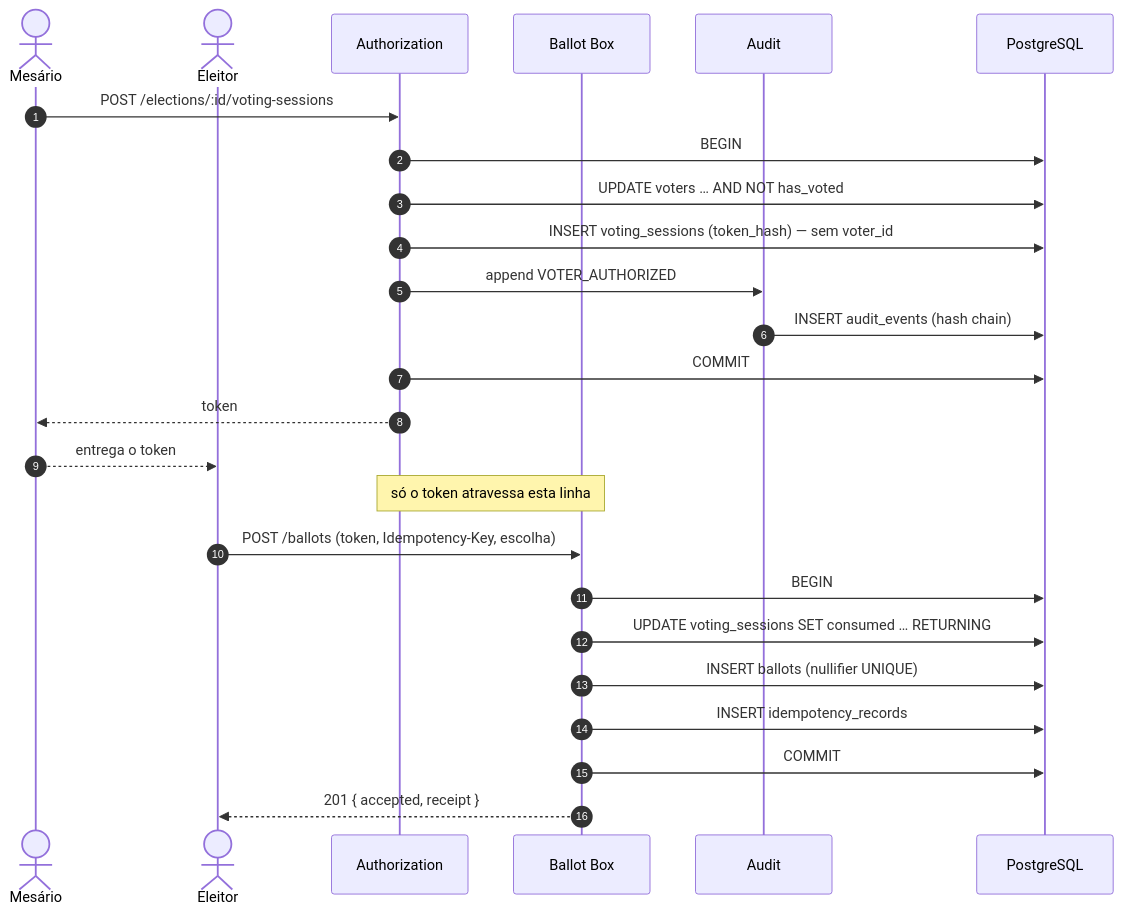
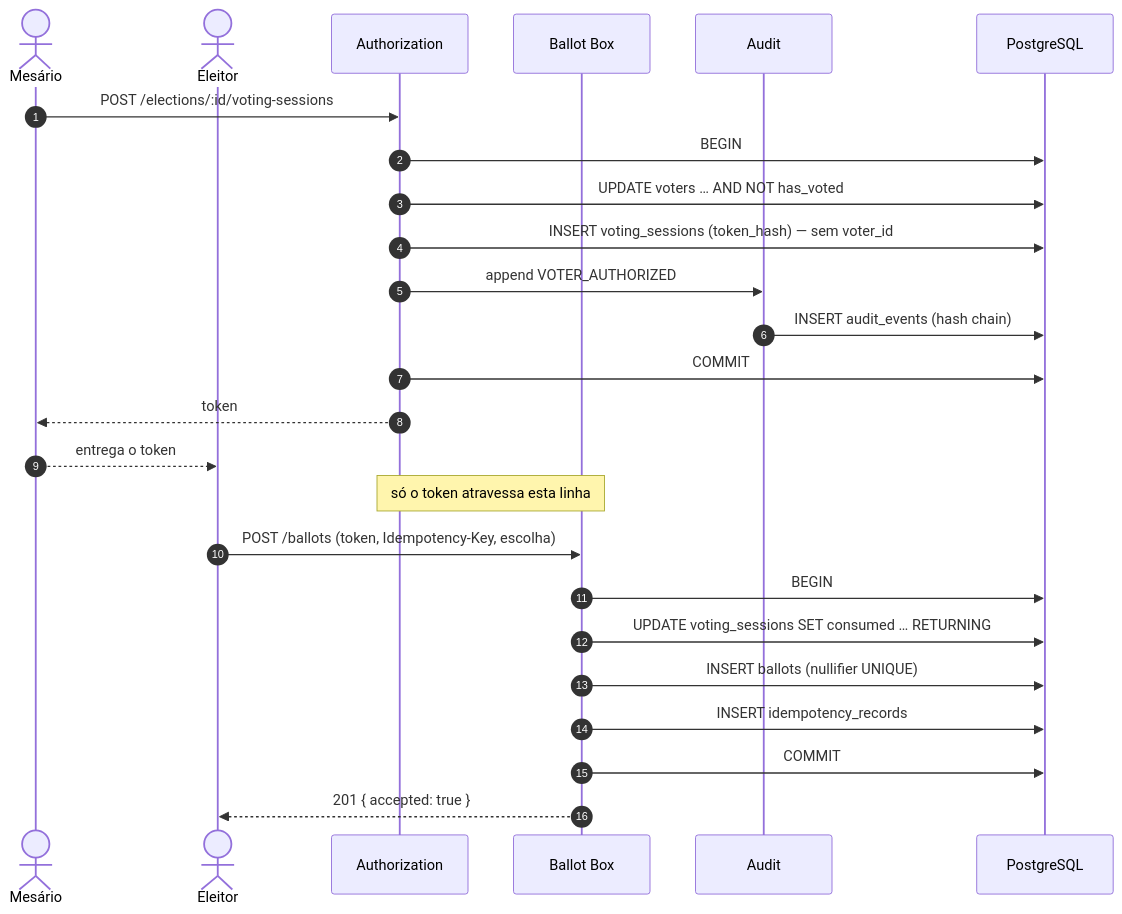
The fourth of 5 diagrams in docs/architecture.md (Truta446/urna-eletronica-edu), drawn with Mermaid before and after one commit. The commit also changed other lines of this file and 4 other files, not shown here.

````diff
--- a/docs/architecture.md
+++ b/docs/architecture.md
@@ -128,30 +128,30 @@
 ```mermaid
 sequenceDiagram
     autonumber
     actor M as Mesário
     actor E as Eleitor
     participant AU as Authorization
     participant BB as Ballot Box
     participant AD as Audit
     participant DB as PostgreSQL
 
     M->>AU: POST /elections/:id/voting-sessions
     AU->>DB: BEGIN
     AU->>DB: UPDATE voters … AND NOT has_voted
     AU->>DB: INSERT voting_sessions (token_hash) — sem voter_id
     AU->>AD: append VOTER_AUTHORIZED
     AD->>DB: INSERT audit_events (hash chain)
     AU->>DB: COMMIT
     AU-->>M: token
     M-->>E: entrega o token
 
     Note over AU,BB: só o token atravessa esta linha
 
     E->>BB: POST /ballots (token, Idempotency-Key, escolha)
     BB->>DB: BEGIN
     BB->>DB: UPDATE voting_sessions SET consumed … RETURNING
     BB->>DB: INSERT ballots (nullifier UNIQUE)
     BB->>DB: INSERT idempotency_records
     BB->>DB: COMMIT
-    BB-->>E: 201 { accepted, receipt }
+    BB-->>E: 201 { accepted: true }
 ```
````
